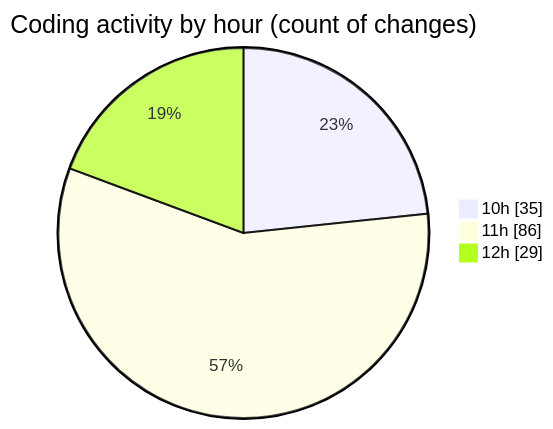
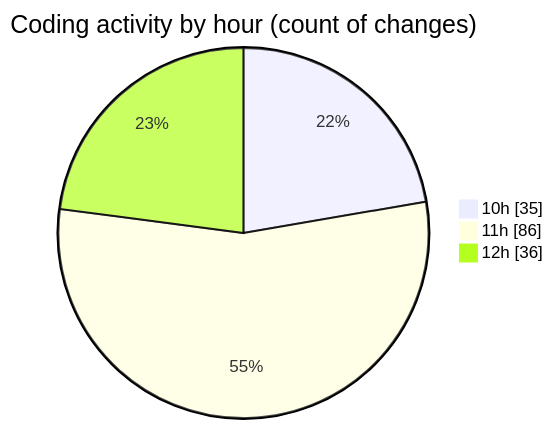
Before and after one commit to momahboobian/code-tracking: the second of 2 diagrams in 2025-03-28/cda/README.md, drawn with Mermaid. The commit also changed other lines of this file and 1 other file, not shown here.

````diff
--- a/2025-03-28/cda/README.md
+++ b/2025-03-28/cda/README.md
@@ -32,7 +32,7 @@
 ```mermaid
 pie showData
 title Coding activity by hour (count of changes)
 "10h" : 35
 "11h" : 86
-"12h" : 29
+"12h" : 36
 ```
````
